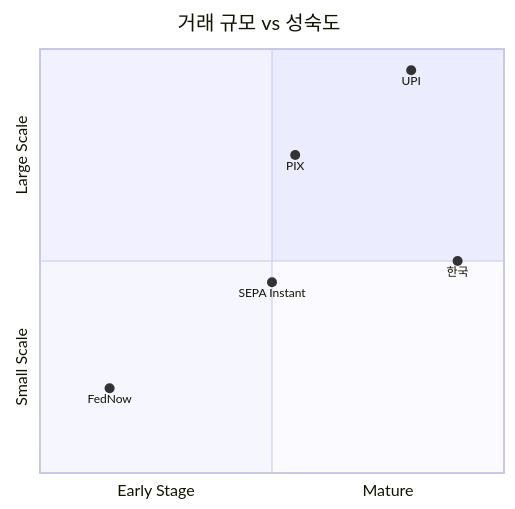
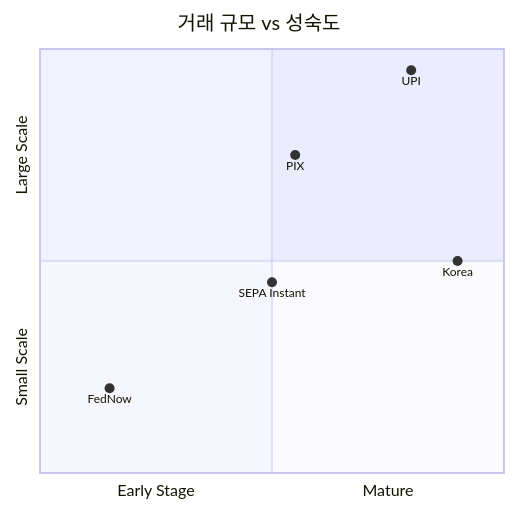
Before and after one commit to OkyoKwon/studyNresearch: the diagram in docs/domains/realtime-payment/products/index.md, drawn with Mermaid. The commit also changed 10 other files, not shown here.

````diff
--- a/docs/domains/realtime-payment/products/index.md
+++ b/docs/domains/realtime-payment/products/index.md
@@ -20,11 +20,11 @@
 ```mermaid
 quadrantChart
     title 거래 규모 vs 성숙도
     x-axis Early Stage --> Mature
     y-axis Small Scale --> Large Scale
     FedNow: [0.15, 0.2]
     UPI: [0.8, 0.95]
     PIX: [0.55, 0.75]
     SEPA Instant: [0.5, 0.45]
-    한국: [0.9, 0.5]
+    Korea: [0.9, 0.5]
 ```
````
